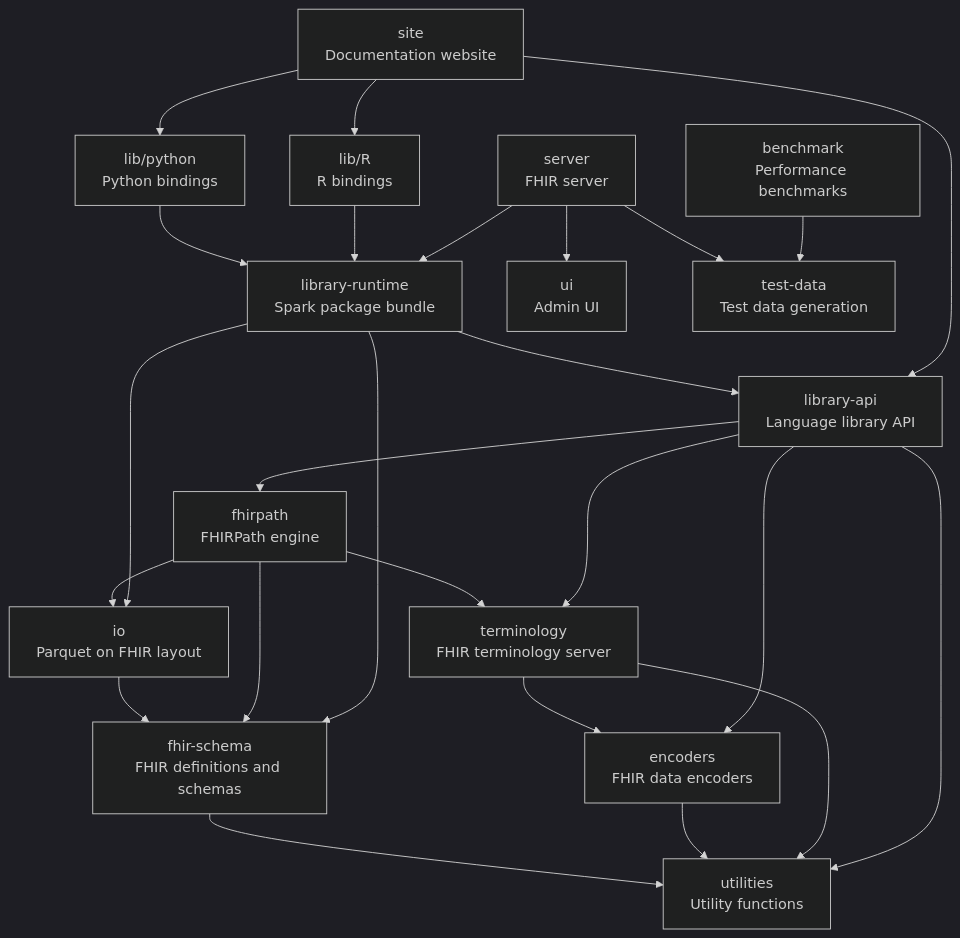
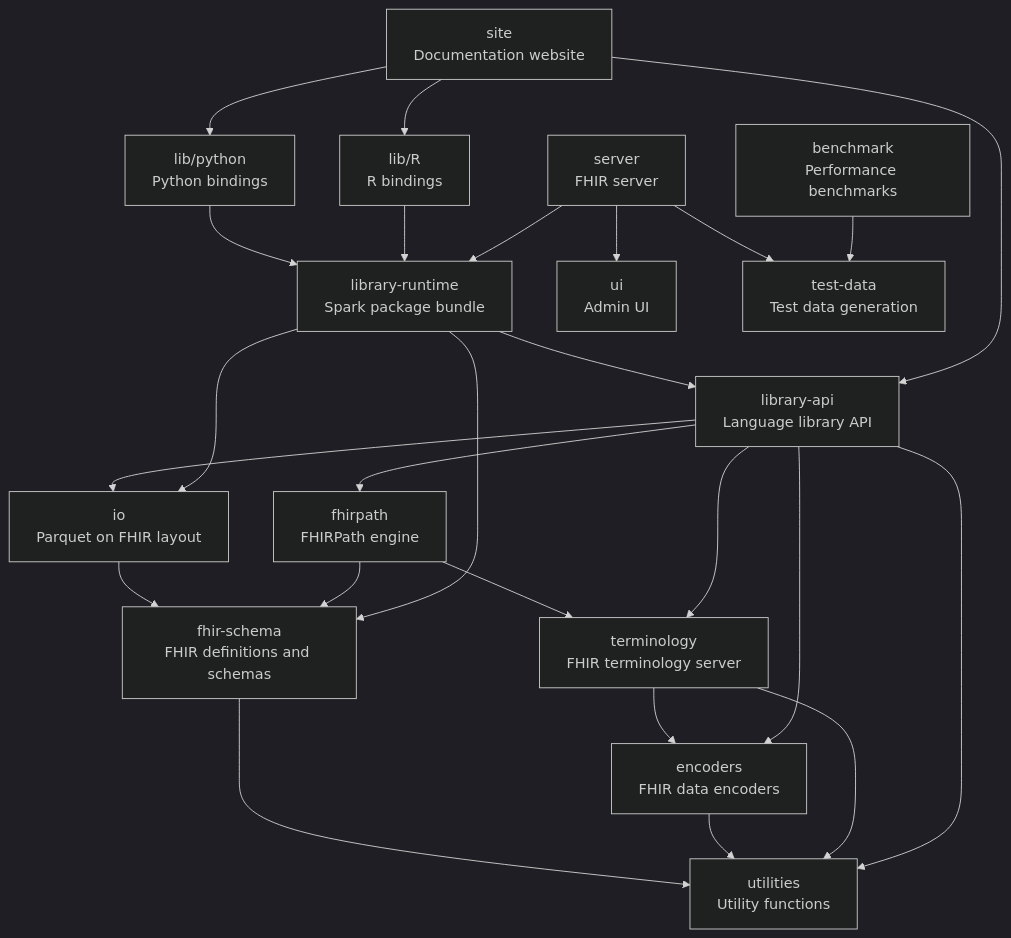
Before and after one commit to aehrc/pathling: the diagram in CONTRIBUTING.md, drawn with Mermaid (dark theme). The commit also changed 9 other files, not shown here.

````diff
--- a/CONTRIBUTING.md
+++ b/CONTRIBUTING.md
@@ -55,43 +55,43 @@
 ```mermaid
 graph TD
     utilities[utilities<br/>Utility functions]
     fhir-schema[fhir-schema<br/>FHIR definitions and schemas]
     encoders[encoders<br/>FHIR data encoders]
     io[io<br/>Parquet on FHIR layout]
     terminology[terminology<br/>FHIR terminology server]
     fhirpath[fhirpath<br/>FHIRPath engine]
     library-api[library-api<br/>Language library API]
     library-runtime[library-runtime<br/>Spark package bundle]
     python[lib/python<br/>Python bindings]
     r[lib/R<br/>R bindings]
     site[site<br/>Documentation website]
     benchmark[benchmark<br/>Performance benchmarks]
     server[server<br/>FHIR server]
     ui[ui<br/>Admin UI]
     test-data[test-data<br/>Test data generation]
 
     fhir-schema --> utilities
     encoders --> utilities
     io --> fhir-schema
     terminology --> utilities
     terminology --> encoders
     fhirpath --> terminology
     fhirpath --> fhir-schema
-    fhirpath --> io
     library-api --> utilities
     library-api --> encoders
     library-api --> terminology
     library-api --> fhirpath
+    library-api --> io
     library-runtime --> library-api
     library-runtime --> fhir-schema
     library-runtime --> io
     python --> library-runtime
     r --> library-runtime
     server --> library-runtime
     server --> test-data
     server --> ui
     site --> library-api
     site --> python
     site --> r
     benchmark --> test-data
 ```
````
